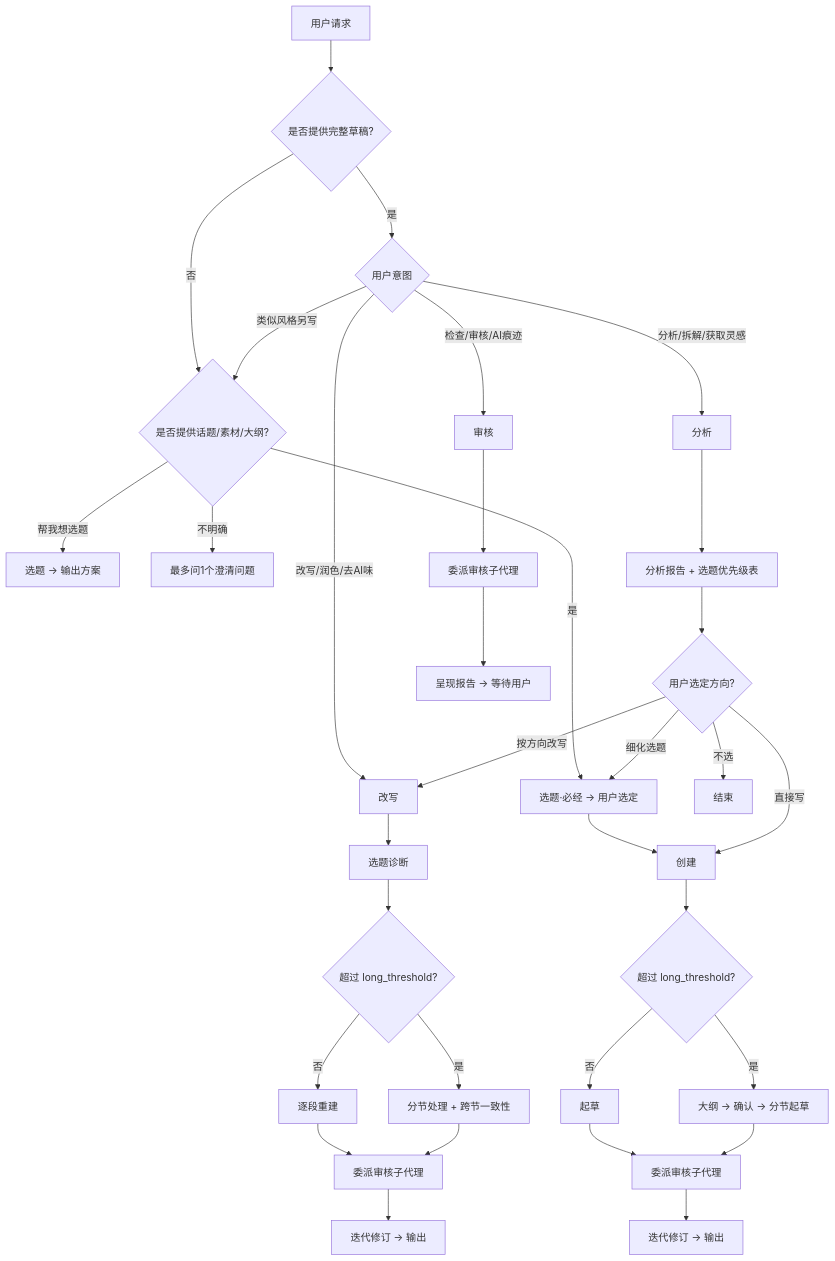
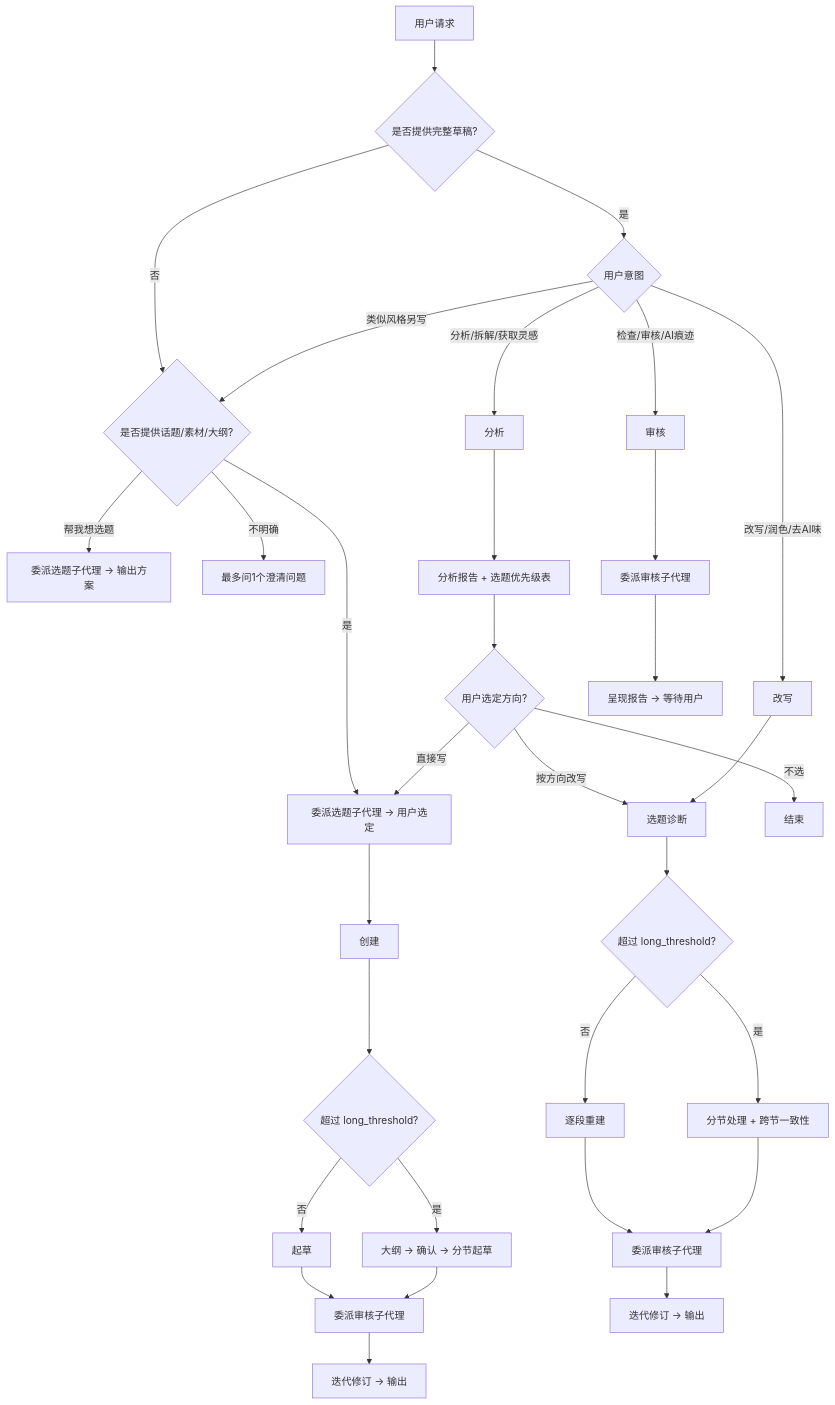
The diagram in skills/human-media-writer/SKILL.md (AllynYonge/yonge-agent-toolset), drawn with Mermaid before and after one commit. The commit also changed other lines of this file and 8 other files, not shown here.

````diff
--- a/skills/human-media-writer/SKILL.md
+++ b/skills/human-media-writer/SKILL.md
@@ -249,42 +266,41 @@
 ```mermaid
 flowchart TD
   A[用户请求] --> B{是否提供完整草稿?}
   B -->|是| C{用户意图}
   B -->|否| D{是否提供话题/素材/大纲?}
   C -->|改写/润色/去AI味| R[改写]
   C -->|检查/审核/AI痕迹| U[审核]
   C -->|分析/拆解/获取灵感| AN[分析]
   C -->|类似风格另写| D
-  D -->|是| WTP[选题·必经 → 用户选定] --> W[创建]
-  D -->|"帮我想选题"| TP[选题 → 输出方案]
+  D -->|是| WTP[委派选题子代理 → 用户选定] --> W[创建]
+  D -->|"帮我想选题"| TP[委派选题子代理 → 输出方案]
   D -->|不明确| Q[最多问1个澄清问题]
 
   %% 分析路径：深度分析 → 创作衍生 → 衔接后续
   AN --> ANO[分析报告 + 选题优先级表]
   ANO --> ANX{用户选定方向?}
-  ANX -->|细化选题| WTP
-  ANX -->|直接写| W
-  ANX -->|按方向改写| R
+  ANX -->|直接写| WTP
+  ANX -->|按方向改写| RTP
   ANX -->|不选| END[结束]
 
   %% 创建路径：起草 → 子代理审核 → 迭代修订
   W --> WL{超过 long_threshold?}
   WL -->|否| WS[起草]
   WL -->|是| WT[大纲 → 确认 → 分节起草]
   WS --> WAU[委派审核子代理]
   WT --> WAU
   WAU --> WIT[迭代修订 → 输出]
 
   %% 改写路径：选题诊断 → 改写 → 子代理审核 → 迭代修订
   R --> RTP[选题诊断]
   RTP --> RL{超过 long_threshold?}
   RL -->|否| RS[逐段重建]
   RL -->|是| RT[分节处理 + 跨节一致性]
   RS --> RAU[委派审核子代理]
   RT --> RAU
   RAU --> RIT[迭代修订 → 输出]
 
   %% 审核路径：子代理审核 → 报告
   U --> UAU[委派审核子代理]
   UAU --> URP[呈现报告 → 等待用户]
 ```
````
